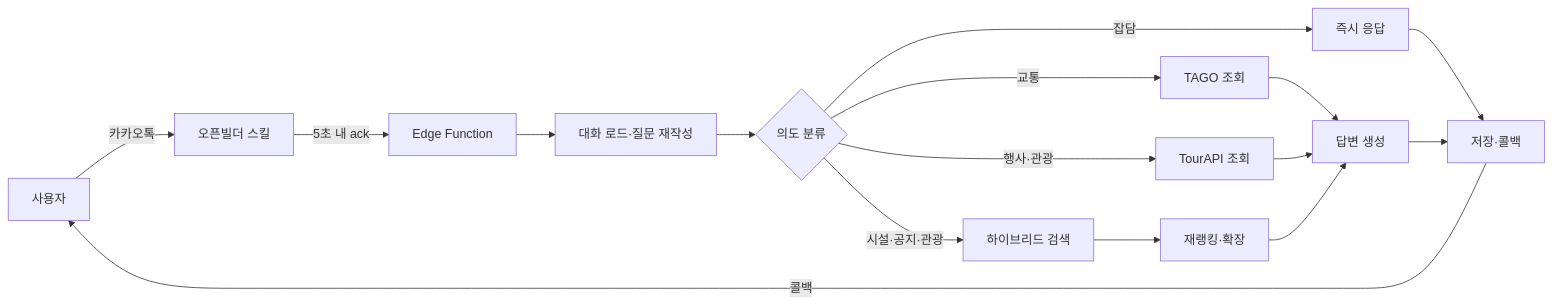
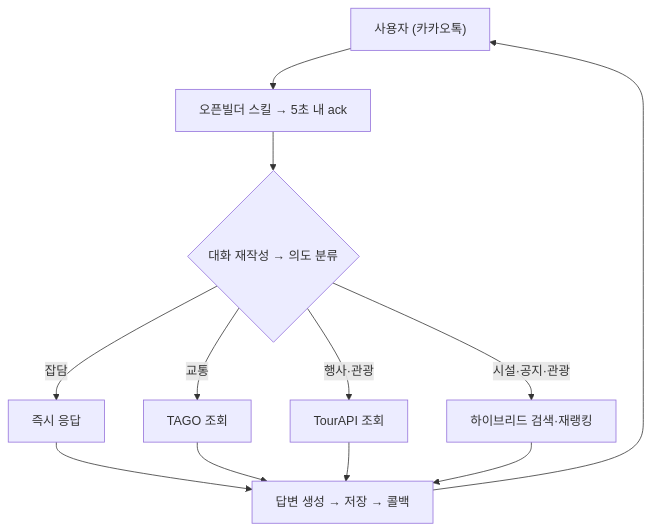
The diagram in README.md (jsh0611/g-chat), drawn with Mermaid before and after one commit.

Commit message:
아키텍처 다이어그램을 세로 유지하되 노드 5단계로 축약해 한눈에 보이게 함

````diff
--- a/README.md
+++ b/README.md
@@ -21,18 +21,14 @@
 ```mermaid
-flowchart LR
-    U["사용자"] -->|카카오톡| K["오픈빌더 스킬"]
-    K -->|5초 내 ack| E["Edge Function"]
-    E --> H["대화 로드·질문 재작성"]
-    H --> I{"의도 분류"}
+flowchart TD
+    U["사용자 (카카오톡)"] --> K["오픈빌더 스킬 → 5초 내 ack"]
+    K --> I{"대화 재작성 → 의도 분류"}
     I -->|잡담| C["즉시 응답"]
     I -->|교통| T["TAGO 조회"]
     I -->|행사·관광| F["TourAPI 조회"]
-    I -->|시설·공지·관광| R["하이브리드 검색"]
-    R --> RR["재랭킹·확장"]
-    T --> G["답변 생성"]
+    I -->|시설·공지·관광| R["하이브리드 검색·재랭킹"]
+    C --> G["답변 생성 → 저장 → 콜백"]
+    T --> G
     F --> G
-    RR --> G
-    C --> S["저장·콜백"]
-    G --> S
-    S -->|콜백| U
+    R --> G
+    G --> U
 ```
````
